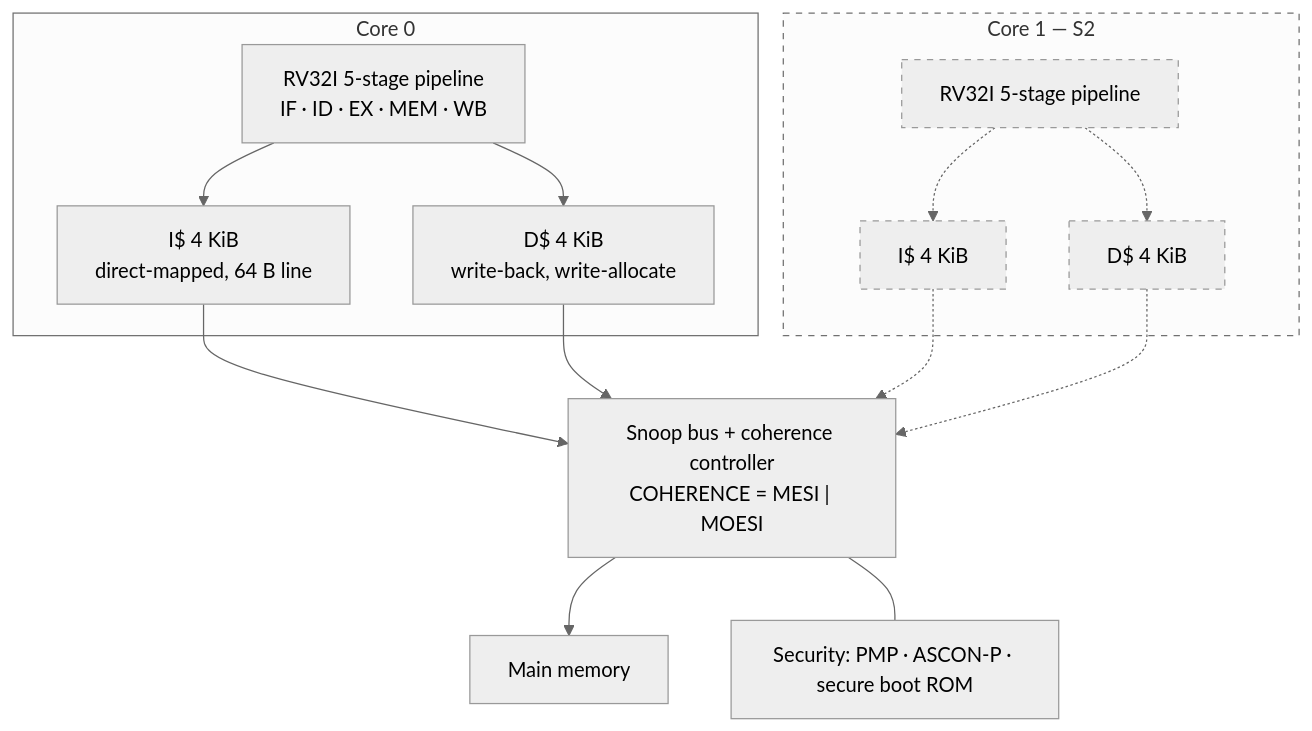
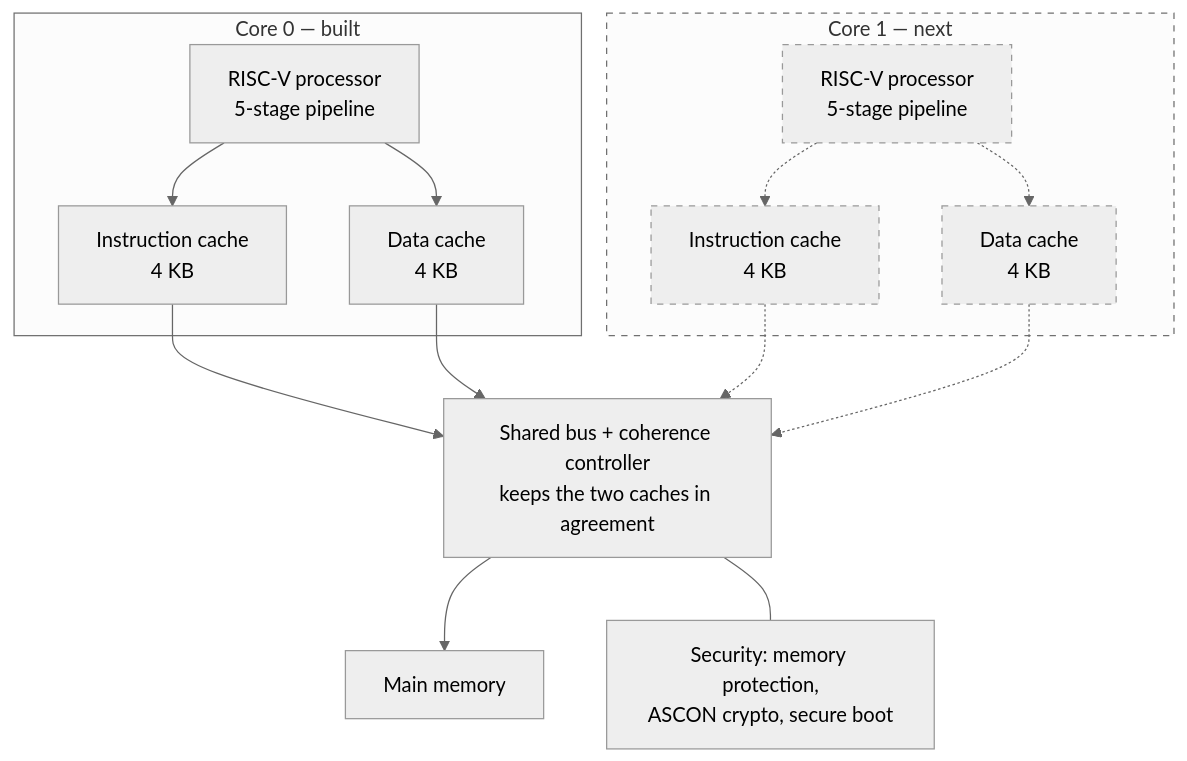
One commit to VineetChadalavada/tinyTrust changed the first of 3 diagrams in README.md. Above: the diagram before and after it, drawn with Mermaid (neutral theme). The commit also changed other lines of this file, not shown here.

````diff
--- a/README.md
+++ b/README.md
@@ -46,32 +53,32 @@
 ```mermaid
 flowchart TB
-    subgraph C0["Core 0"]
-        P0["RV32I 5-stage pipeline<br/>IF · ID · EX · MEM · WB"]
-        I0["I$ 4 KiB<br/>direct-mapped, 64 B line"]
-        D0["D$ 4 KiB<br/>write-back, write-allocate"]
+    subgraph C0["Core 0 — built"]
+        P0["RISC-V processor<br/>5-stage pipeline"]
+        I0["Instruction cache<br/>4 KB"]
+        D0["Data cache<br/>4 KB"]
         P0 --> I0
         P0 --> D0
     end
 
-    subgraph C1["Core 1 — S2"]
-        P1["RV32I 5-stage pipeline"]
-        I1["I$ 4 KiB"]
-        D1["D$ 4 KiB"]
+    subgraph C1["Core 1 — next"]
+        P1["RISC-V processor<br/>5-stage pipeline"]
+        I1["Instruction cache<br/>4 KB"]
+        D1["Data cache<br/>4 KB"]
         P1 -.-> I1
         P1 -.-> D1
     end
 
-    SNOOP["Snoop bus + coherence controller<br/>COHERENCE = MESI | MOESI"]
+    SNOOP["Shared bus + coherence controller<br/>keeps the two caches in agreement"]
     MEM["Main memory"]
-    SEC["Security: PMP · ASCON-P · secure boot ROM"]
+    SEC["Security: memory protection,<br/>ASCON crypto, secure boot"]
 
     I0 --> SNOOP
     D0 --> SNOOP
     I1 -.-> SNOOP
     D1 -.-> SNOOP
     SNOOP --> MEM
     SNOOP --- SEC
 
     classDef planned stroke-dasharray: 5 5
     class C1,P1,I1,D1 planned
 ```
````
